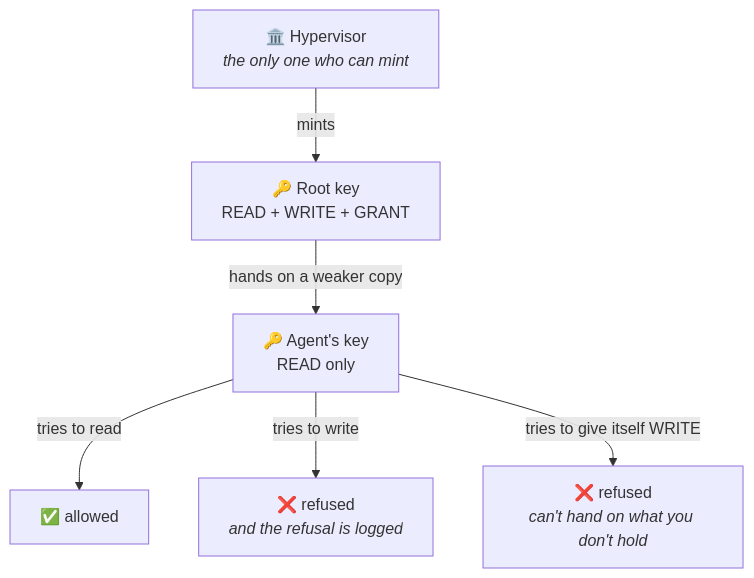
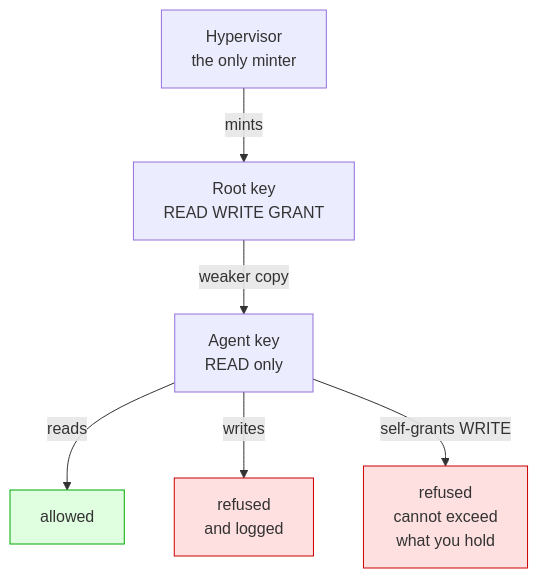
The third of 9 diagrams in README.md (mondweep/vibe-cast), drawn with Mermaid before and after one commit. The commit also changed other lines of this file, not shown here.

First line of the commit message:
Fix unreadable mermaid diagrams on GitHub

````diff
--- a/README.md
+++ b/README.md
@@ -194,11 +208,14 @@
 ```mermaid
 flowchart TB
-    H["🏛️ Hypervisor<br/><i>the only one who can mint</i>"]
-    R["🔑 Root key<br/>READ + WRITE + GRANT"]
-    A["🔑 Agent's key<br/>READ only"]
+    H["Hypervisor<br/>the only minter"]
+    R["Root key<br/>READ WRITE GRANT"]
+    A["Agent key<br/>READ only"]
     H -->|mints| R
-    R -->|"hands on a weaker copy"| A
-    A -->|"tries to read"| OK["✅ allowed"]
-    A -->|"tries to write"| NO["❌ refused<br/><i>and the refusal is logged</i>"]
-    A -->|"tries to give itself WRITE"| NO2["❌ refused<br/><i>can't hand on what you don't hold</i>"]
+    R -->|"weaker copy"| A
+    A -->|reads| OK["allowed"]
+    A -->|writes| NO["refused<br/>and logged"]
+    A -->|"self-grants WRITE"| NO2["refused<br/>cannot exceed<br/>what you hold"]
+    style OK fill:#e0ffe0,stroke:#0a0
+    style NO fill:#ffe0e0,stroke:#c00
+    style NO2 fill:#ffe0e0,stroke:#c00
 ```
````
